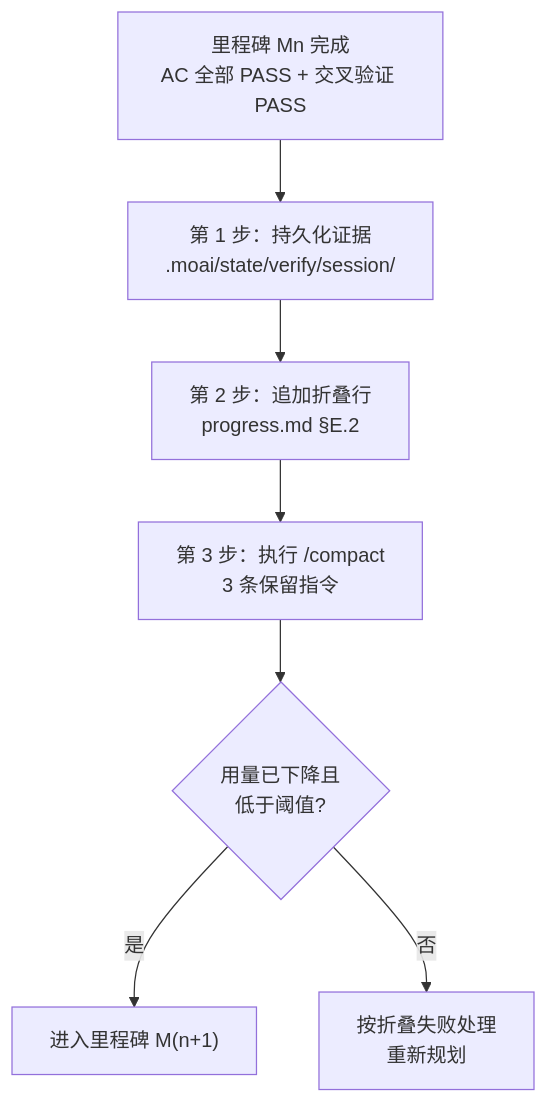
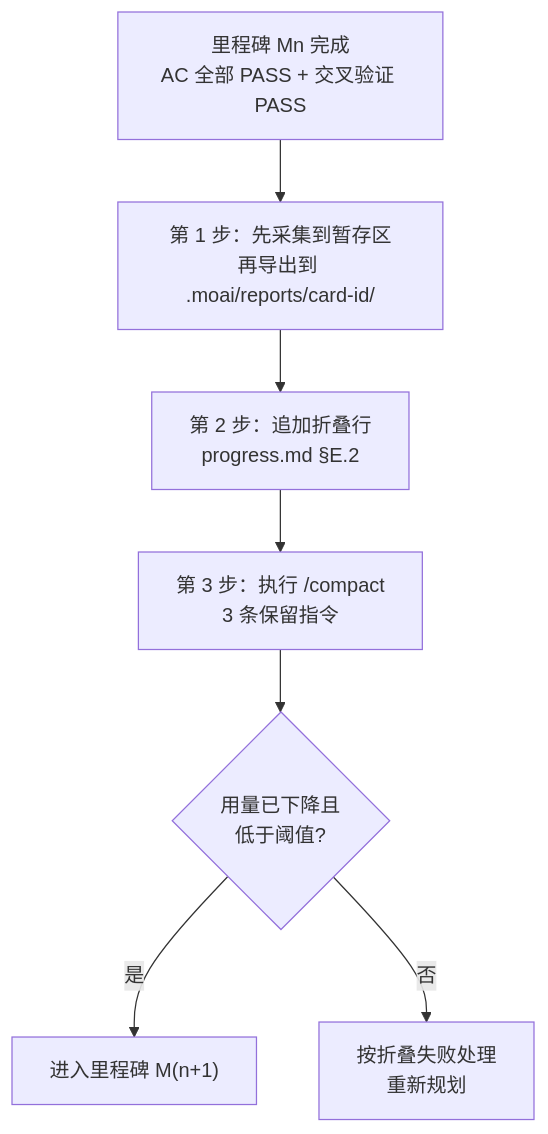
The fourth of 5 diagrams in docs-site/content/zh/advanced/agent-guide.md (modu-ai/moai-adk), drawn with Mermaid before and after one commit. The commit also changed other lines of this file and 15 other files, not shown here.

````diff
--- a/docs-site/content/zh/advanced/agent-guide.md
+++ b/docs-site/content/zh/advanced/agent-guide.md
@@ -185,9 +185,9 @@
 ```mermaid
 flowchart TD
-    MN["里程碑 Mn 完成<br>AC 全部 PASS + 交叉验证 PASS"] --> S1["第 1 步：持久化证据<br>.moai/state/verify/session/"]
+    MN["里程碑 Mn 完成<br>AC 全部 PASS + 交叉验证 PASS"] --> S1["第 1 步：先采集到暂存区<br>再导出到 .moai/reports/card-id/"]
     S1 --> S2["第 2 步：追加折叠行<br>progress.md §E.2"]
     S2 --> S3["第 3 步：执行 /compact<br>3 条保留指令"]
     S3 --> CHECK{"用量已下降且<br>低于阈值?"}
     CHECK -->|"是"| NEXT["进入里程碑 M(n+1)"]
     CHECK -->|"否"| REPLAN["按折叠失败处理<br>重新规划"]
 ```
````
